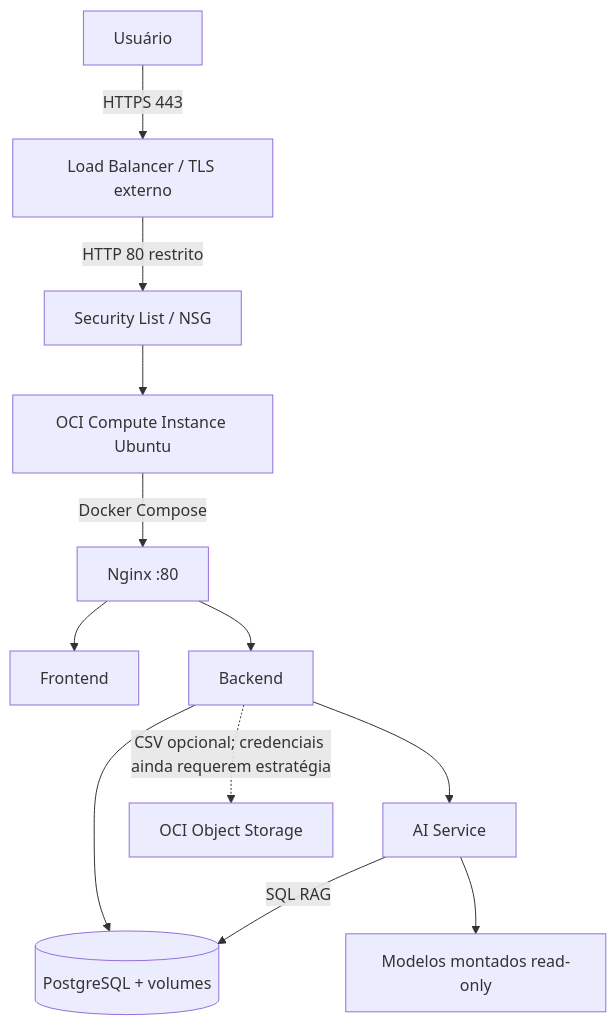
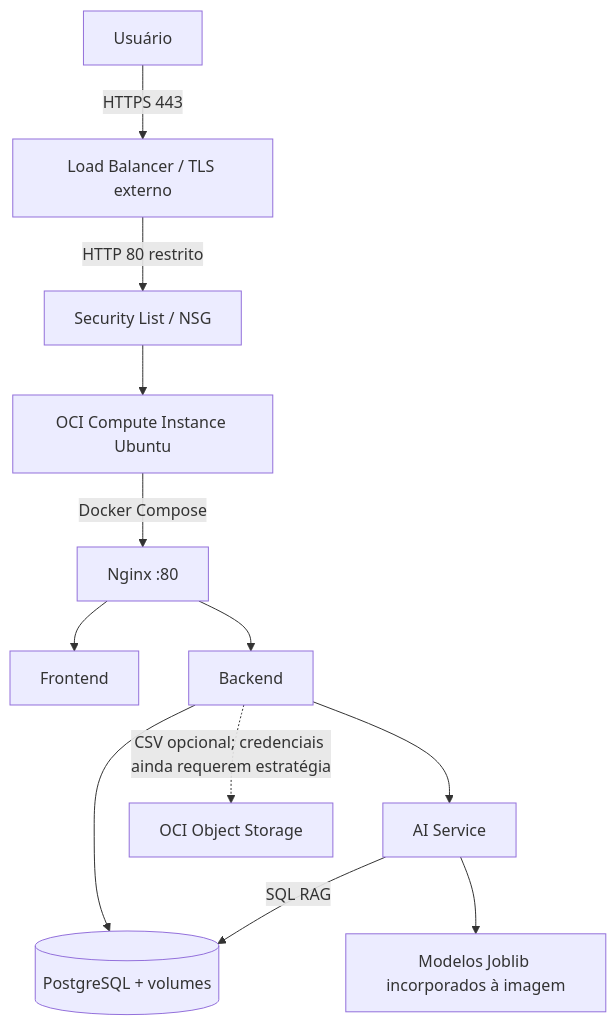
Before and after one commit to No-Country-simulation/G9-BR-Team-17-FinVise: the diagram in docs/diagrams/oci-deployment.mmd, drawn with Mermaid. The commit also changed 8 other files, not shown here.

Commit message:
docs: atualiza diagrama e arquitetura

```diff
--- a/docs/diagrams/oci-deployment.mmd
+++ b/docs/diagrams/oci-deployment.mmd
@@ -1,12 +1,12 @@
 graph TB
     U[Usuário] -->|HTTPS 443| TLS[Load Balancer / TLS externo]
     TLS -->|HTTP 80 restrito| NSG[Security List / NSG]
     NSG --> VM[OCI Compute Instance Ubuntu]
     VM -->|Docker Compose| N[Nginx :80]
     N --> F[Frontend]
     N --> B[Backend]
     B --> P[(PostgreSQL + volumes)]
     B --> A[AI Service]
     A -->|SQL RAG| P
-    A --> M[Modelos montados read-only]
+    A --> M[Modelos Joblib incorporados à imagem]
     B -.->|CSV opcional; credenciais ainda requerem estratégia| OBS[OCI Object Storage]
```
